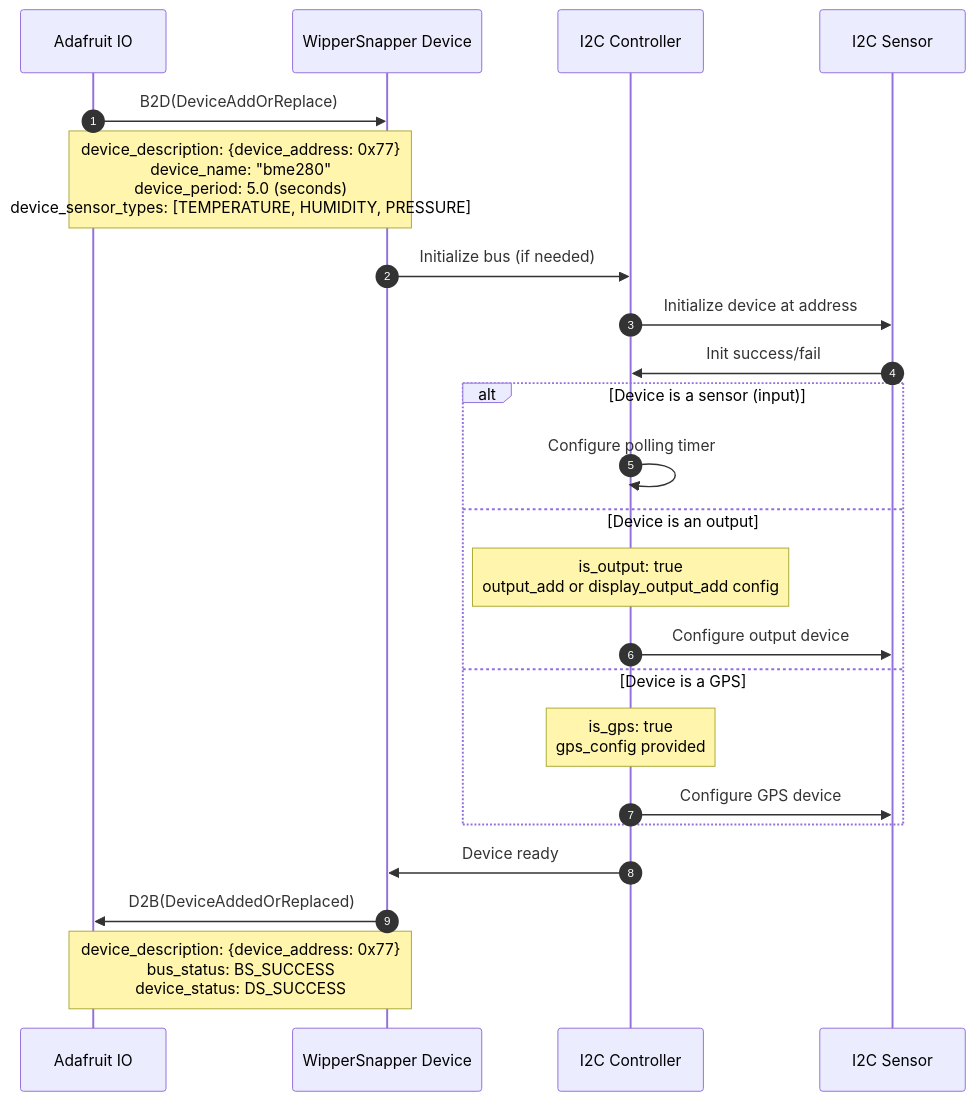
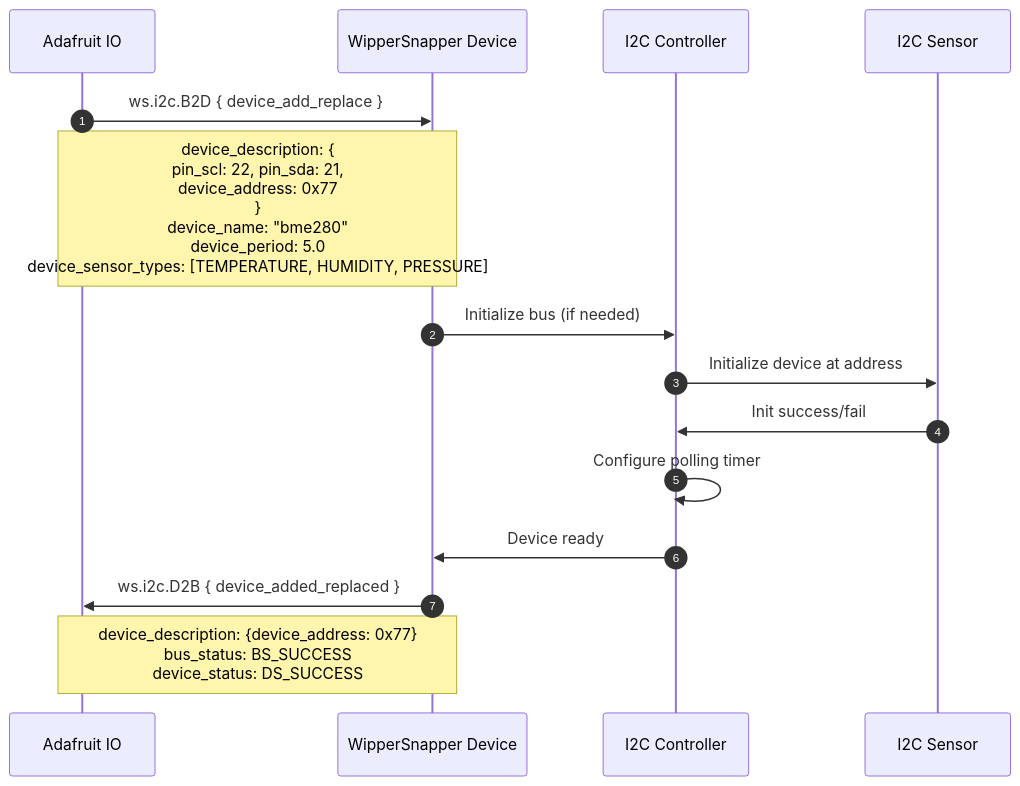
One commit to adafruit/Wippersnapper_Protobuf changed the second of 4 diagrams in proto/wippersnapper/docs/i2c.md. Above: the diagram before and after it, drawn with Mermaid. The commit also changed other lines of this file and 10 other files, not shown here.

````diff
--- a/proto/wippersnapper/docs/i2c.md
+++ b/proto/wippersnapper/docs/i2c.md
@@ -91,29 +98,21 @@
 ```mermaid
 sequenceDiagram
 autonumber
 participant IO as Adafruit IO
 participant Device as WipperSnapper Device
 participant I2C as I2C Controller
 participant Sensor as I2C Sensor
 
-IO->>Device: B2D(DeviceAddOrReplace)
-Note over IO,Device: device_description: {device_address: 0x77}<br/>device_name: "bme280"<br/>device_period: 5.0 (seconds)<br/>device_sensor_types: [TEMPERATURE, HUMIDITY, PRESSURE]
+IO->>Device: ws.i2c.B2D { device_add_replace }
+Note over IO,Device: device_description: {<br/>  pin_scl: 22, pin_sda: 21,<br/>  device_address: 0x77<br/>}<br/>device_name: "bme280"<br/>device_period: 5.0<br/>device_sensor_types: [TEMPERATURE, HUMIDITY, PRESSURE]
 
 Device->>I2C: Initialize bus (if needed)
 I2C->>Sensor: Initialize device at address
 Sensor->>I2C: Init success/fail
 
-alt Device is a sensor (input)
-    I2C->>I2C: Configure polling timer
-else Device is an output
-    Note over I2C: is_output: true<br/>output_add or display_output_add config
-    I2C->>Sensor: Configure output device
-else Device is a GPS
-    Note over I2C: is_gps: true<br/>gps_config provided
-    I2C->>Sensor: Configure GPS device
-end
+I2C->>I2C: Configure polling timer
 
 I2C->>Device: Device ready
-Device->>IO: D2B(DeviceAddedOrReplaced)
+Device->>IO: ws.i2c.D2B { device_added_replaced }
 Note over Device,IO: device_description: {device_address: 0x77}<br/>bus_status: BS_SUCCESS<br/>device_status: DS_SUCCESS
 ```
````
